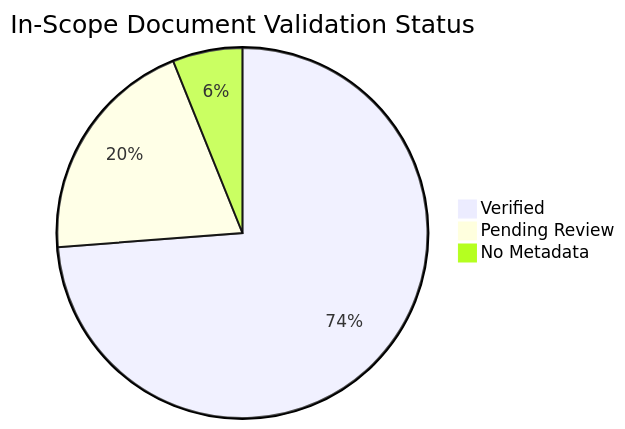
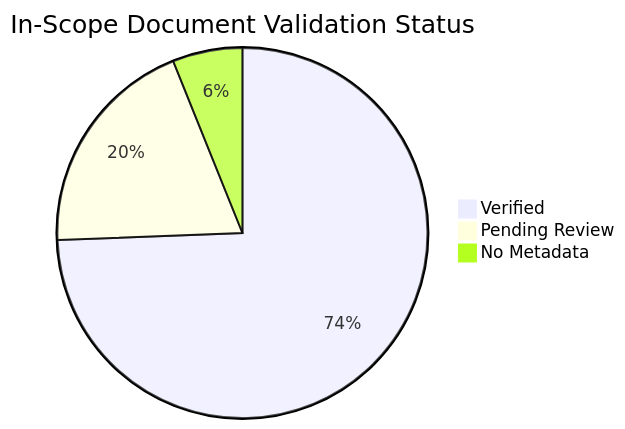
One commit to yeongseon/azure-container-apps-practical-guide changed the diagram in docs/reference/content-validation-status.md. Above: the diagram before and after it, drawn with Mermaid. The commit also changed other lines of this file and 1 other file, not shown here.

Commit message:
docs: verify content_validation for operations/logging pages (#349) (#352)
Ultraworked with [Sisyphus](https://github.com/code-yeongyu/oh-my-openagent)

````diff
--- a/docs/reference/content-validation-status.md
+++ b/docs/reference/content-validation-status.md
@@ -25,6 +25,6 @@
 ```mermaid
 pie title In-Scope Document Validation Status
-    "Verified" : 121
-    "Pending Review" : 33
+    "Verified" : 122
+    "Pending Review" : 32
     "No Metadata" : 10
 ```
````
